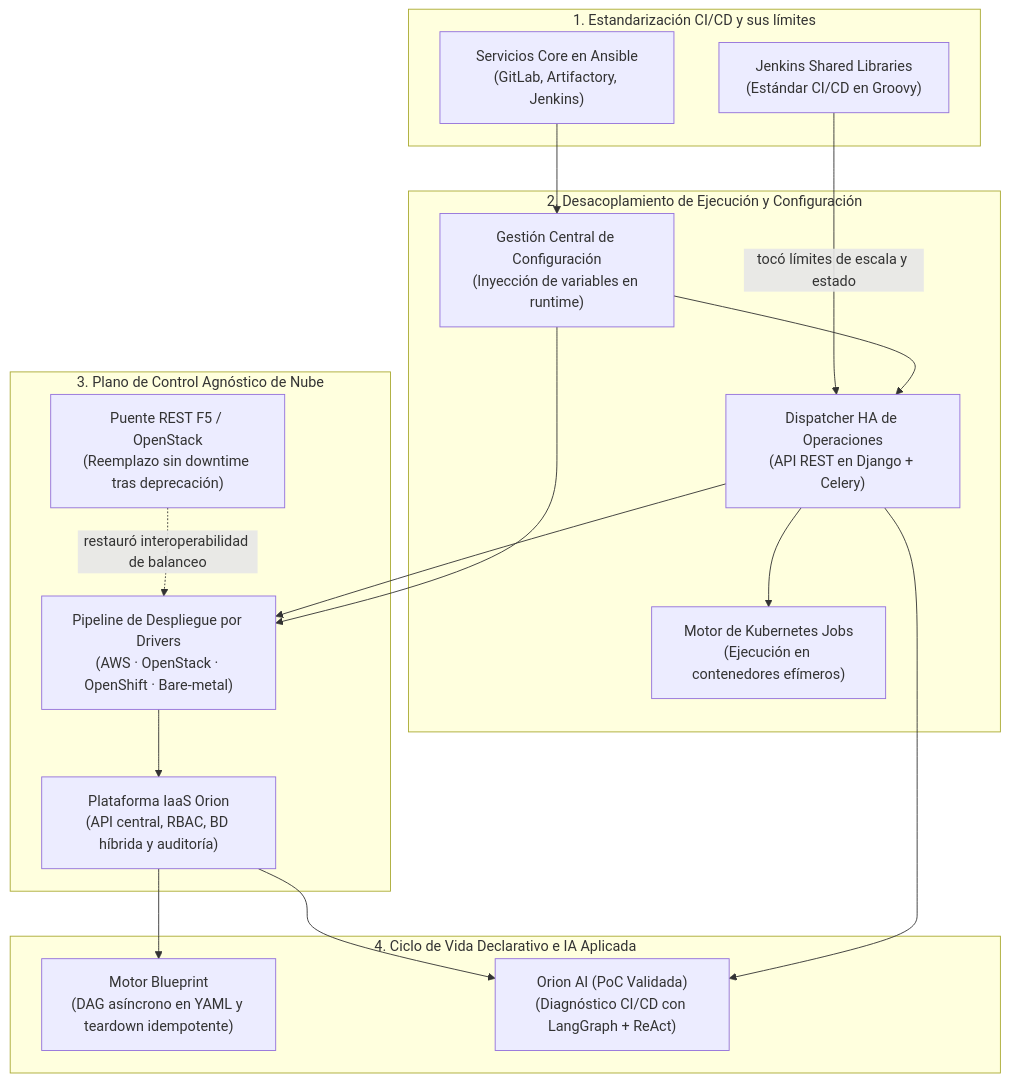
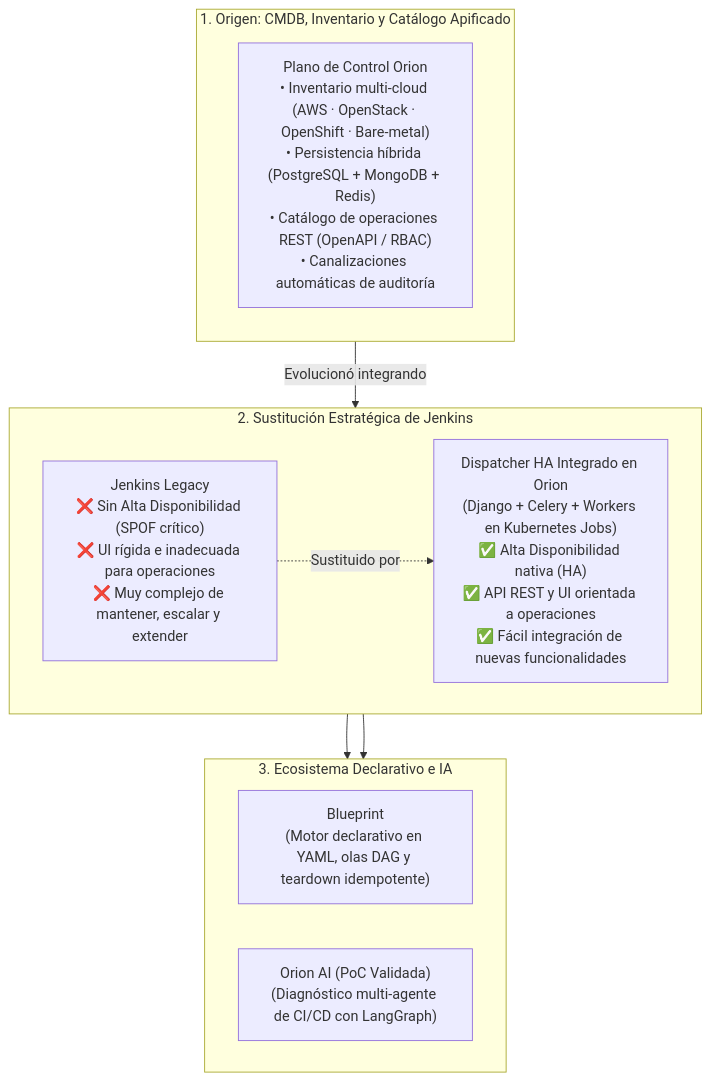
Before and after one commit to oredondo/oredondo.github.io: the diagram in docs_es/projects/index.md, drawn with Mermaid. The commit also changed other lines of this file and 3 other files, not shown here.

Commit message:
docs: clarify Orion architectural evolution from CMDB/catalog to HA Dispatcher replacing Jenkins

````diff
--- a/docs_es/projects/index.md
+++ b/docs_es/projects/index.md
@@ -19,36 +19,21 @@
 ```mermaid
-flowchart TB
-    subgraph Phase1["1. Estandarización CI/CD y sus límites"]
-        JSL["Jenkins Shared Libraries<br/>(Estándar CI/CD en Groovy)"]
-        ANS["Servicios Core en Ansible<br/>(GitLab, Artifactory, Jenkins)"]
+flowchart TD
+    subgraph Origen["1. Origen: CMDB, Inventario y Catálogo Apificado"]
+        direction TB
+        CMDB["Plano de Control Orion<br/>• Inventario multi-cloud (AWS · OpenStack · OpenShift · Bare-metal)<br/>• Persistencia híbrida (PostgreSQL + MongoDB + Redis)<br/>• Catálogo de operaciones REST (OpenAPI / RBAC)<br/>• Canalizaciones automáticas de auditoría"]
     end
 
-    subgraph Phase2["2. Desacoplamiento de Ejecución y Configuración"]
-        DISP["Dispatcher HA de Operaciones<br/>(API REST en Django + Celery)"]
-        CFG["Gestión Central de Configuración<br/>(Inyección de variables en runtime)"]
-        K8S["Motor de Kubernetes Jobs<br/>(Ejecución en contenedores efímeros)"]
+    subgraph Sustitucion["2. Sustitución Estratégica de Jenkins"]
+        direction LR
+        JNK["Jenkins Legacy<br/>❌ Sin Alta Disponibilidad (SPOF crítico)<br/>❌ UI rígida e inadecuada para operaciones<br/>❌ Muy complejo de mantener, escalar y extender"] -.->|"Sustituido por"| DISP["Dispatcher HA Integrado en Orion<br/>(Django + Celery + Workers en Kubernetes Jobs)<br/>✅ Alta Disponibilidad nativa (HA)<br/>✅ API REST y UI orientada a operaciones<br/>✅ Fácil integración de nuevas funcionalidades"]
     end
 
-    subgraph Phase3["3. Plano de Control Agnóstico de Nube"]
-        PIPE["Pipeline de Despliegue por Drivers<br/>(AWS · OpenStack · OpenShift · Bare-metal)"]
-        F5["Puente REST F5 / OpenStack<br/>(Reemplazo sin downtime tras deprecación)"]
-        ORION["Plataforma IaaS Orion<br/>(API central, RBAC, BD híbrida y auditoría)"]
+    subgraph Expansion["3. Ecosistema Declarativo e IA"]
+        direction LR
+        BP["Blueprint<br/>(Motor declarativo en YAML, olas DAG y teardown idempotente)"]
+        AI["Orion AI (PoC Validada)<br/>(Diagnóstico multi-agente de CI/CD con LangGraph)"]
     end
 
-    subgraph Phase4["4. Ciclo de Vida Declarativo e IA Aplicada"]
-        BP["Motor Blueprint<br/>(DAG asíncrono en YAML y teardown idempotente)"]
-        AI["Orion AI (PoC Validada)<br/>(Diagnóstico CI/CD con LangGraph + ReAct)"]
-    end
-
-    JSL -->|"tocó límites de escala y estado"| DISP
-    ANS --> CFG
-    CFG --> DISP
-    DISP --> K8S
-    DISP --> PIPE
-    CFG --> PIPE
-    F5 -.->|"restauró interoperabilidad de balanceo"| PIPE
-    PIPE --> ORION
-    ORION --> BP
-    ORION --> AI
-    DISP --> AI
+    CMDB -->|"Evolucionó integrando"| DISP
+    DISP --> BP & AI
 ```
````
